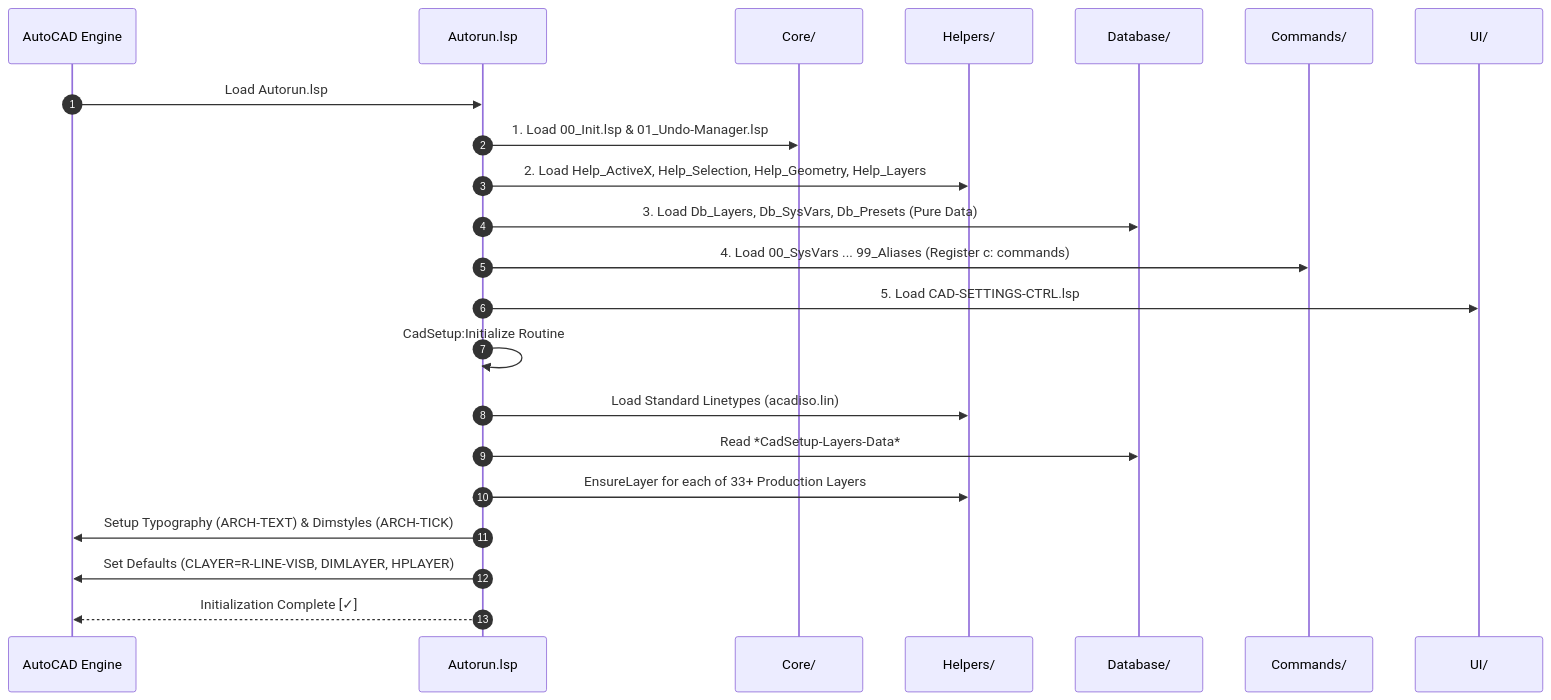
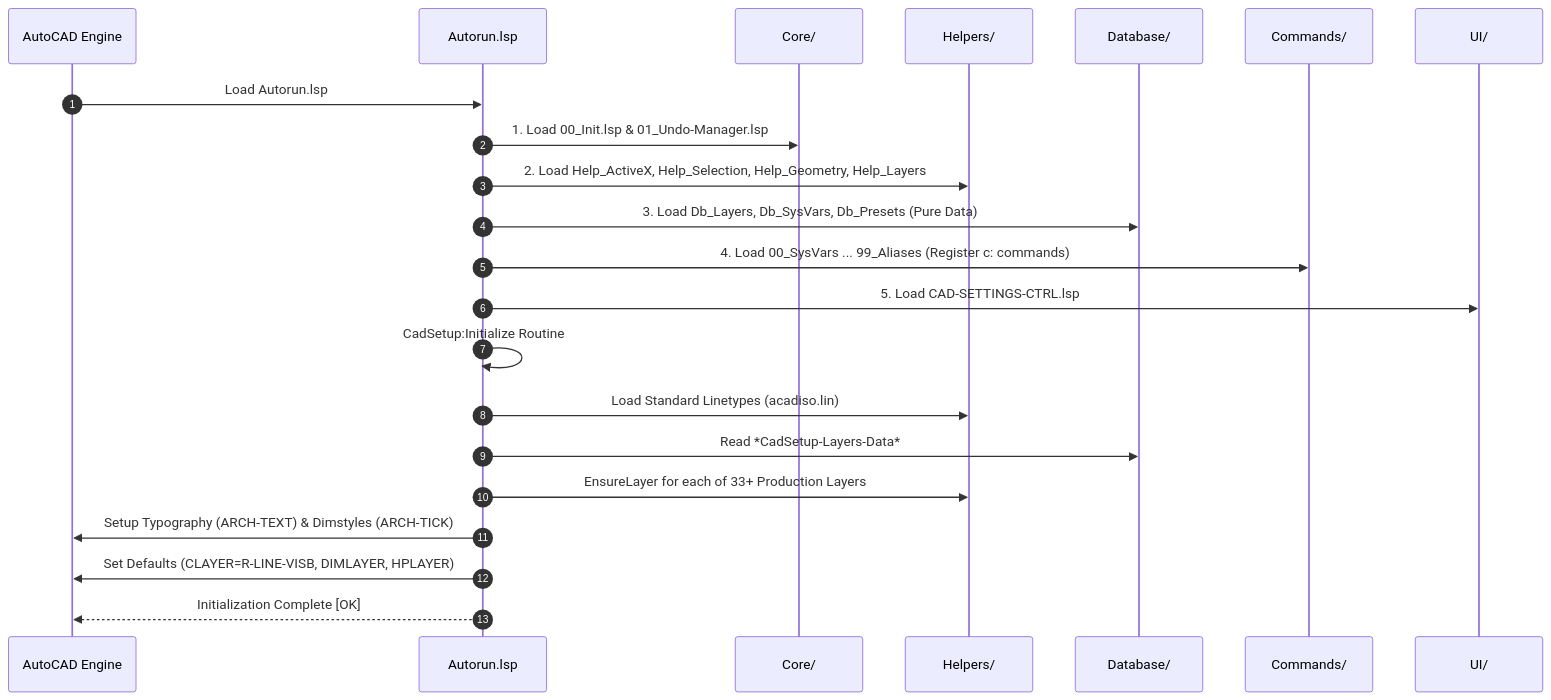
Before and after one commit to Haseebpp/Cad-Setup-v4: the second of 2 diagrams in ARCHITECTURE.md, drawn with Mermaid. The commit also changed 21 other files, not shown here.

````diff
--- a/ARCHITECTURE.md
+++ b/ARCHITECTURE.md
@@ -45,25 +45,25 @@
 ```mermaid
 sequenceDiagram
     autonumber
     participant ACAD as AutoCAD Engine
     participant Auto as Autorun.lsp
     participant Core as Core/
     participant Help as Helpers/
     participant Db as Database/
     participant Cmd as Commands/
     participant UI as UI/
 
     ACAD->>Auto: Load Autorun.lsp
     Auto->>Core: 1. Load 00_Init.lsp & 01_Undo-Manager.lsp
     Auto->>Help: 2. Load Help_ActiveX, Help_Selection, Help_Geometry, Help_Layers
     Auto->>Db: 3. Load Db_Layers, Db_SysVars, Db_Presets (Pure Data)
     Auto->>Cmd: 4. Load 00_SysVars ... 99_Aliases (Register c: commands)
     Auto->>UI: 5. Load CAD-SETTINGS-CTRL.lsp
     Auto->>Auto: CadSetup:Initialize Routine
     Auto->>Help: Load Standard Linetypes (acadiso.lin)
     Auto->>Db: Read *CadSetup-Layers-Data*
     Auto->>Help: EnsureLayer for each of 33+ Production Layers
     Auto->>ACAD: Setup Typography (ARCH-TEXT) & Dimstyles (ARCH-TICK)
     Auto->>ACAD: Set Defaults (CLAYER=R-LINE-VISB, DIMLAYER, HPLAYER)
-    Auto-->>ACAD: Initialization Complete [✓]
+    Auto-->>ACAD: Initialization Complete [OK]
 ```
````
